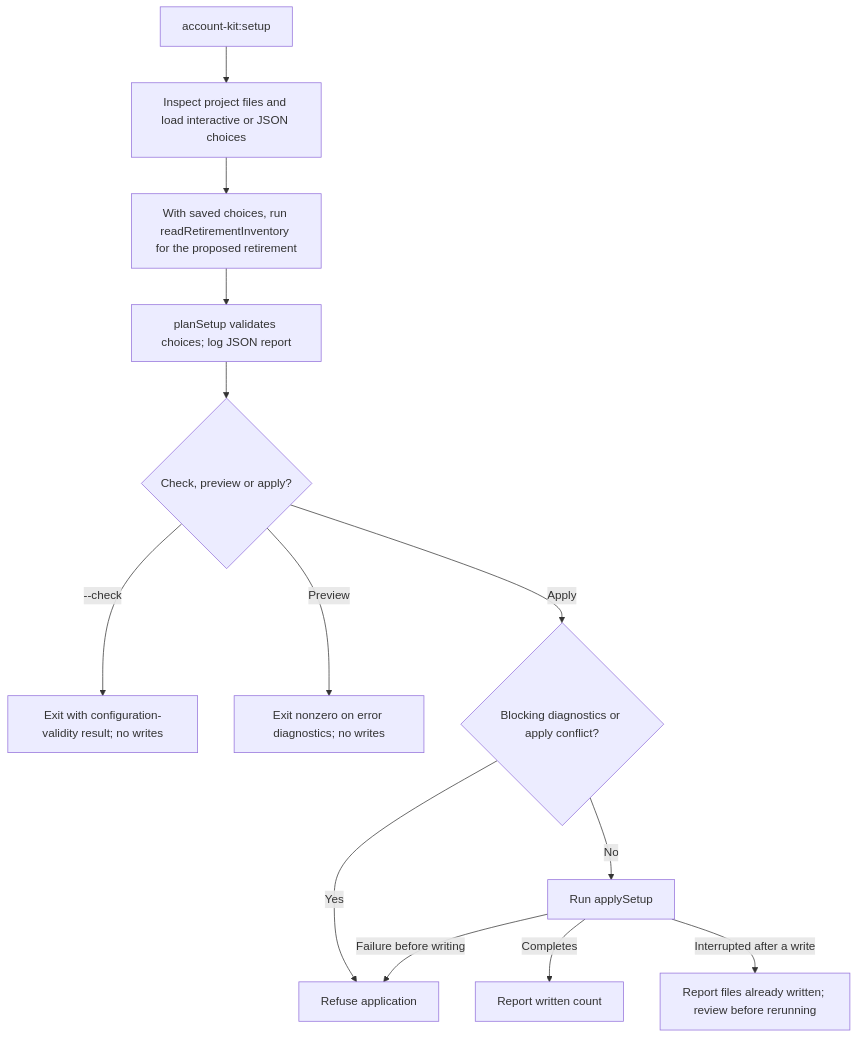
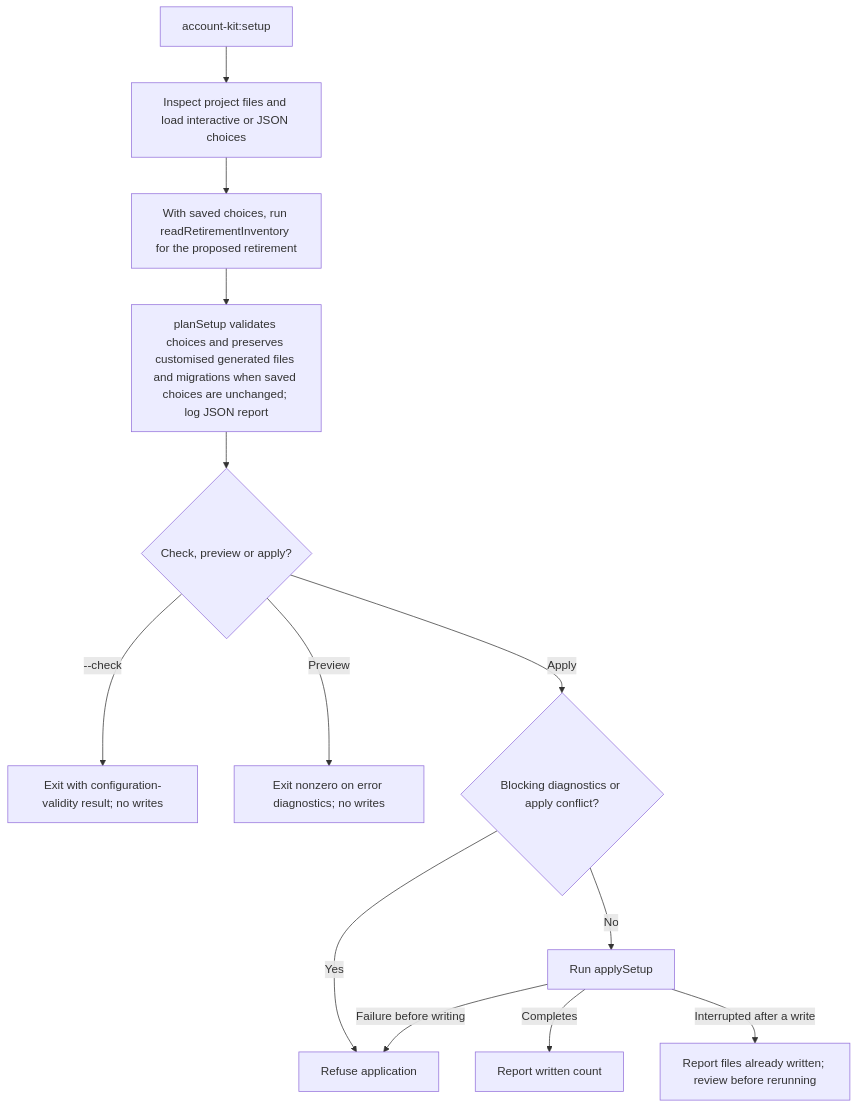
Before and after one commit to Kevinjohn/oss-adonisjs-account-kit: the second of 2 diagrams in user-stories/US-ACCOUNT-31-configure-account-kit.md, drawn with Mermaid. The commit also changed other lines of this file and 42 other files, not shown here.

````diff
--- a/user-stories/US-ACCOUNT-31-configure-account-kit.md
+++ b/user-stories/US-ACCOUNT-31-configure-account-kit.md
@@ -41,15 +42,15 @@
 ```mermaid
 flowchart TD
  A["account-kit:setup"] --> B["Inspect project files and load interactive or JSON choices"]
  B --> C["With saved choices, run readRetirementInventory for the proposed retirement"]
- C --> R["planSetup validates choices; log JSON report"]
+ C --> R["planSetup validates choices and preserves customised generated files and migrations when saved choices are unchanged; log JSON report"]
  R --> D{"Check, preview or apply?"}
  D -->|--check| E["Exit with configuration-validity result; no writes"]
  D -->|Preview| P["Exit nonzero on error diagnostics; no writes"]
  D -->|Apply| G{"Blocking diagnostics or apply conflict?"}
  G -->|Yes| H["Refuse application"]
  G -->|No| L["Run applySetup"]
  L -->|Completes| F["Report written count"]
  L -->|Failure before writing| H
  L -->|Interrupted after a write| I["Report files already written; review before rerunning"]
 ```
````
